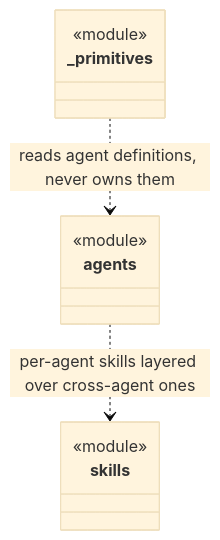
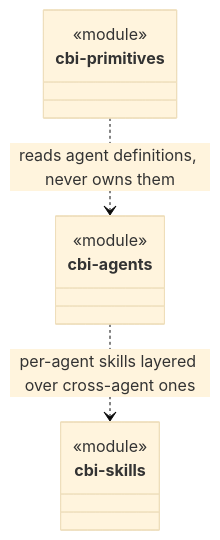
One commit to nan023062/cbim changed the diagram in v1/kernel/cbi/.dna/module.md. Above: the diagram before and after it, drawn with Mermaid (base theme). The commit also changed other lines of this file and 65 other files, not shown here.

First line of the commit message:
feat(dna): module.md v2 — schema/迁移工具/检索加权排序

````diff
--- a/v1/kernel/cbi/.dna/module.md
+++ b/v1/kernel/cbi/.dna/module.md
@@ -26,9 +33,9 @@
 ```mermaid
 classDiagram
-    class _primitives { <<module>> }
-    class agents { <<module>> }
-    class skills { <<module>> }
+    class cbi-primitives { <<module>> }
+    class cbi-agents { <<module>> }
+    class cbi-skills { <<module>> }
 
-    agents ..> skills : per-agent skills layered over cross-agent ones
-    _primitives ..> agents : reads agent definitions, never owns them
+    cbi-agents ..> cbi-skills : per-agent skills layered over cross-agent ones
+    cbi-primitives ..> cbi-agents : reads agent definitions, never owns them
 ```
````
